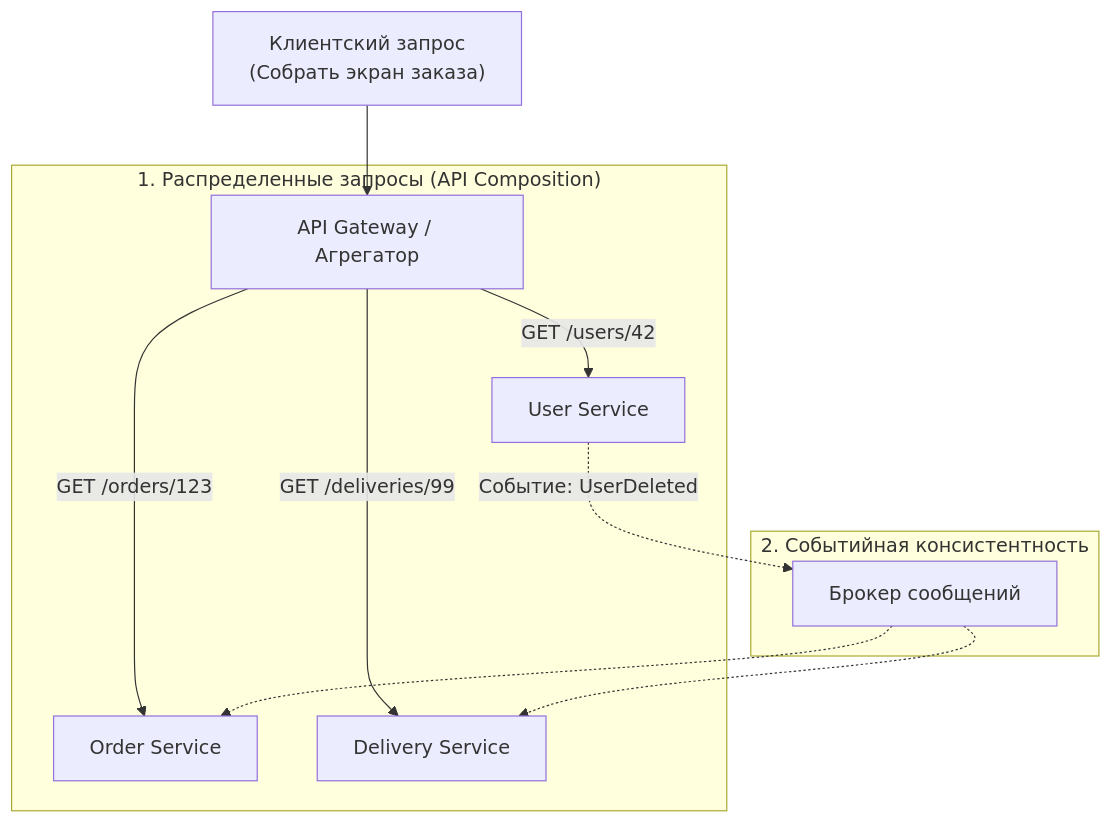
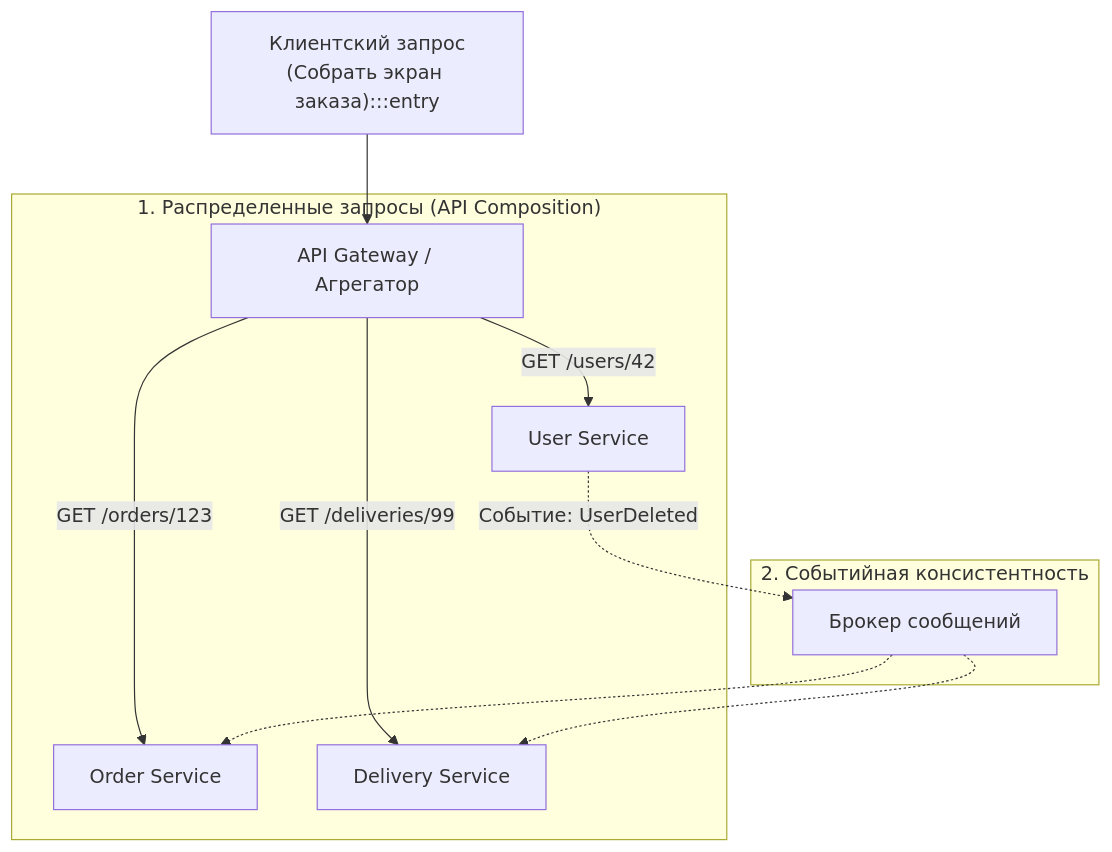
The second of 2 diagrams in sources/14. Распределенные системы на Go/04. Микросервисы/3. Data ownership.md (UnrealTemplier/go-textbook), drawn with Mermaid before and after one commit. The commit also changed other lines of this file and 1666 other files, not shown here.

First line of the commit message:
feat(mermaid): add semantic color classDef to 1369 colorless flowchart/graph diagrams

````diff
--- a/sources/14. Распределенные системы на Go/04. Микросервисы/3. Data ownership.md
+++ b/sources/14. Распределенные системы на Go/04. Микросервисы/3. Data ownership.md
@@ -44,16 +54,26 @@
 ```mermaid
 flowchart TD
-    Client["Клиентский запрос<br/>(Собрать экран заказа)"] --> Gateway["API Gateway / Агрегатор"]
+    classDef process  fill:#1e293b,stroke:#38bdf8,stroke-width:1px,color:#f8fafc
+    classDef success  fill:#064e3b,stroke:#34d399,stroke-width:1px,color:#f8fafc
+    classDef error    fill:#7f1d1d,stroke:#f87171,stroke-width:1px,color:#f8fafc
+    classDef warning  fill:#78350f,stroke:#fbbf24,stroke-width:1px,color:#f8fafc
+    classDef entry    fill:#1e3a5f,stroke:#38bdf8,stroke-width:2px,color:#f8fafc
+    classDef aux      fill:#334155,stroke:#64748b,stroke-width:1px,color:#f8fafc
+    classDef system   fill:#312e81,stroke:#a78bfa,stroke-width:1px,color:#f8fafc
+    classDef data     fill:#132d29,stroke:#2dd4bf,stroke-width:1px,color:#f8fafc
+    classDef network  fill:#881337,stroke:#fb7185,stroke-width:1px,color:#f8fafc
+    classDef accent   fill:#1e1b4b,stroke:#818cf8,stroke-width:1px,color:#f8fafc
+    Client["Клиентский запрос<br/>(Собрать экран заказа):::entry"] --> Gateway["API Gateway / Агрегатор"]
     
     subgraph Problem1["1. Распределенные запросы (API Composition)"]
         Gateway -->|"GET /orders/123"| OS["Order Service"]
         Gateway -->|"GET /users/42"| US["User Service"]
         Gateway -->|"GET /deliveries/99"| DS["Delivery Service"]
     end
     
     subgraph Problem2["2. Событийная консистентность"]
         US -.->|"Событие: UserDeleted"| Broker["Брокер сообщений"]
         Broker -.-> OS
         Broker -.-> DS
     end
 ```
````
